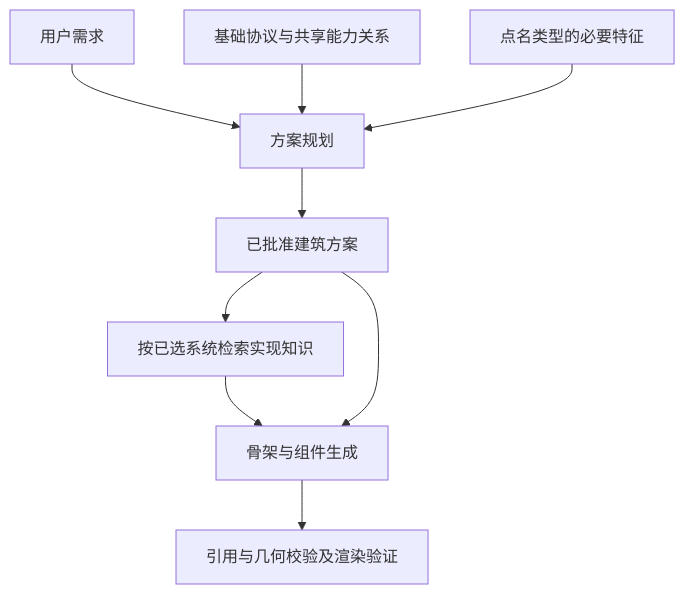
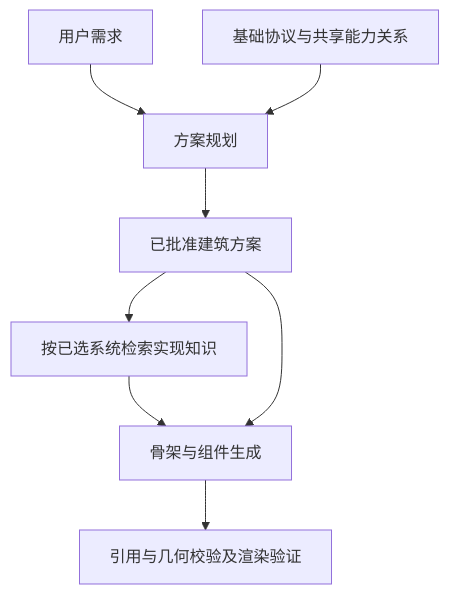
One commit to 1zzzlw/WildAgent changed the diagram in docs/rag/知识库优化设计思路.md. Above: the diagram before and after it, drawn with Mermaid. The commit also changed other lines of this file and 88 other files, not shown here.

````diff
--- a/docs/rag/知识库优化设计思路.md
+++ b/docs/rag/知识库优化设计思路.md
@@ -48,11 +58,10 @@
 ```mermaid
 flowchart TD
     A[用户需求] --> B[方案规划]
     K[基础协议与共享能力关系] --> B
-    T[点名类型的必要特征] --> B
     B --> C[已批准建筑方案]
     C --> D[按已选系统检索实现知识]
     D --> E[骨架与组件生成]
     C --> E
     E --> F[引用与几何校验及渲染验证]
 ```
````
